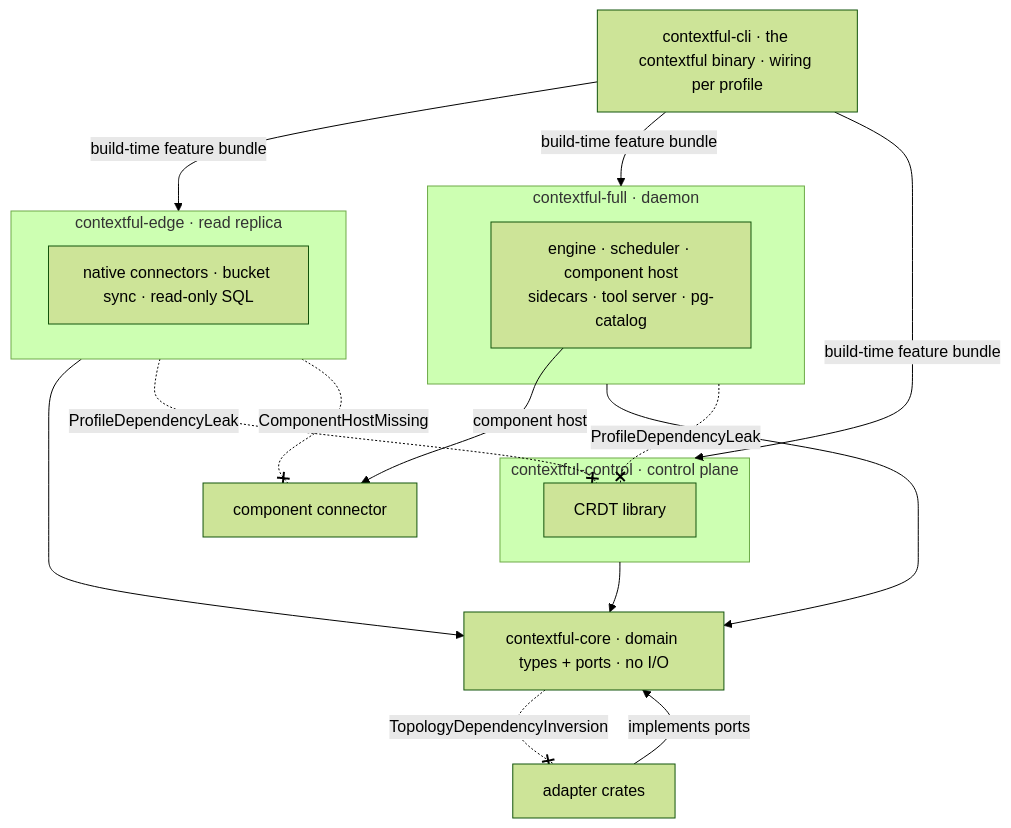
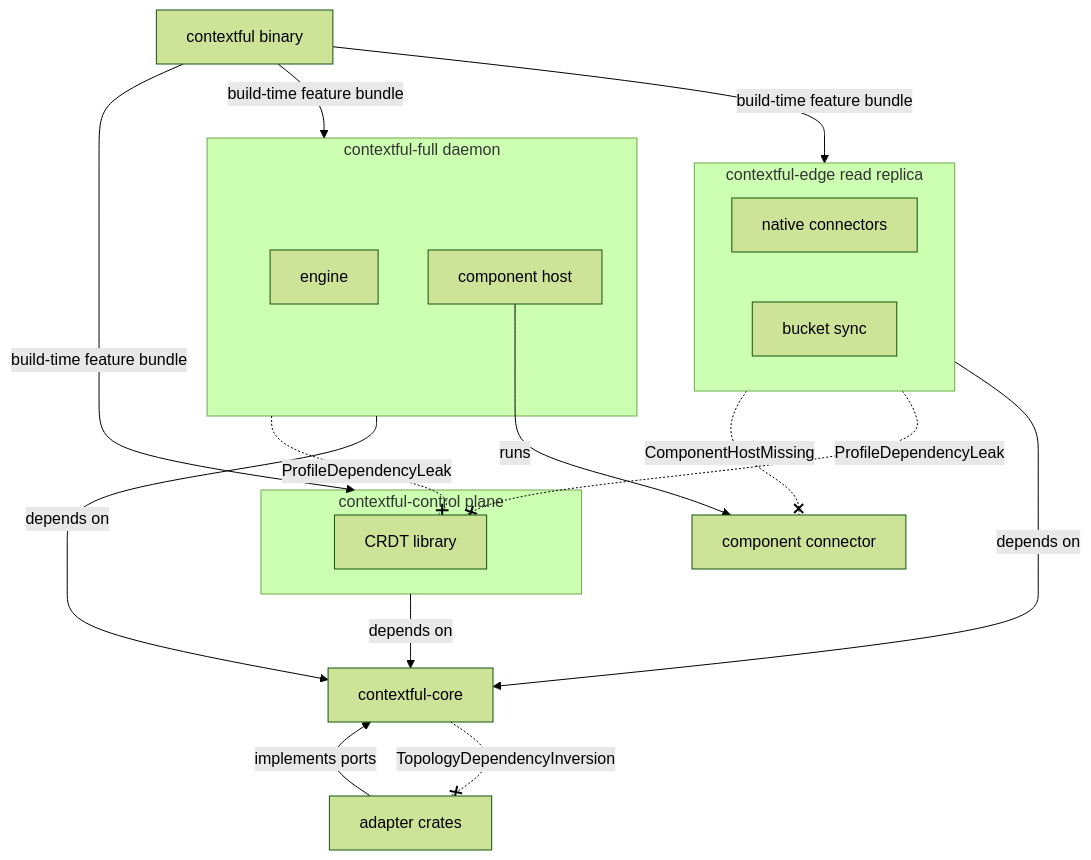
Before and after one commit to fractalboxdev/contextful: the second of 5 diagrams in spec/01-topology.md, drawn with Mermaid (forest theme). The commit also changed other lines of this file and 44 other files, not shown here.

First line of the commit message:
spec: diagrams draw entities and flows, and the checker enforces it (#12)

````diff
--- a/spec/01-topology.md
+++ b/spec/01-topology.md
@@ -156,26 +114,28 @@
 ```mermaid
 flowchart TD
-  CLI["contextful-cli · the contextful binary · wiring per profile"]
-  CORE["contextful-core · domain types + ports · no I/O"]
+  CLI["contextful binary"]
+  CORE["contextful-core"]
   ADAPT["adapter crates"]
   COMP["component connector"]
 
-  subgraph EDGE["contextful-edge · read replica"]
-    NATIVE["native connectors · bucket sync · read-only SQL"]
+  subgraph EDGE["contextful-edge read replica"]
+    NATIVE["native connectors"]
+    SYNC["bucket sync"]
   end
-  subgraph FULL["contextful-full · daemon"]
-    DAEMON["engine · scheduler · component host<br/>sidecars · tool server · pg-catalog"]
+  subgraph FULL["contextful-full daemon"]
+    ENGINE["engine"]
+    HOST["component host"]
   end
-  subgraph CTRL["contextful-control · control plane"]
+  subgraph CTRL["contextful-control plane"]
     CRDT["CRDT library"]
   end
 
   CLI -- "build-time feature bundle" --> EDGE & FULL & CTRL
-  EDGE & FULL & CTRL --> CORE
+  EDGE & FULL & CTRL -- "depends on" --> CORE
   ADAPT -- "implements ports" --> CORE
   CORE -. "TopologyDependencyInversion" .-x ADAPT
   EDGE -. "ProfileDependencyLeak" .-x CRDT
   FULL -. "ProfileDependencyLeak" .-x CRDT
   EDGE -. "ComponentHostMissing" .-x COMP
-  DAEMON -- "component host" --> COMP
+  HOST -- "runs" --> COMP
 ```
````
